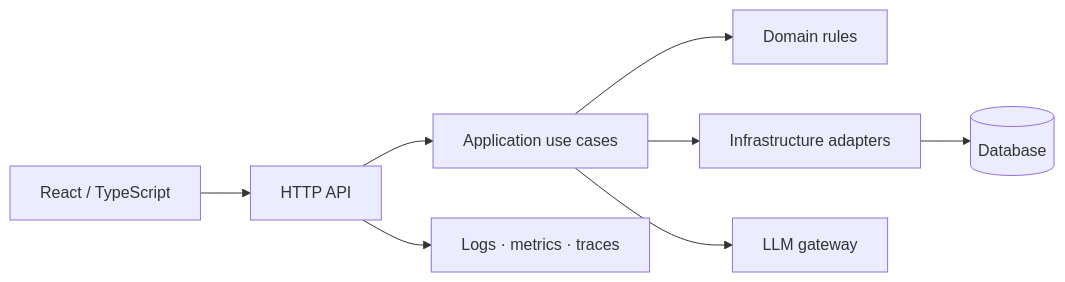
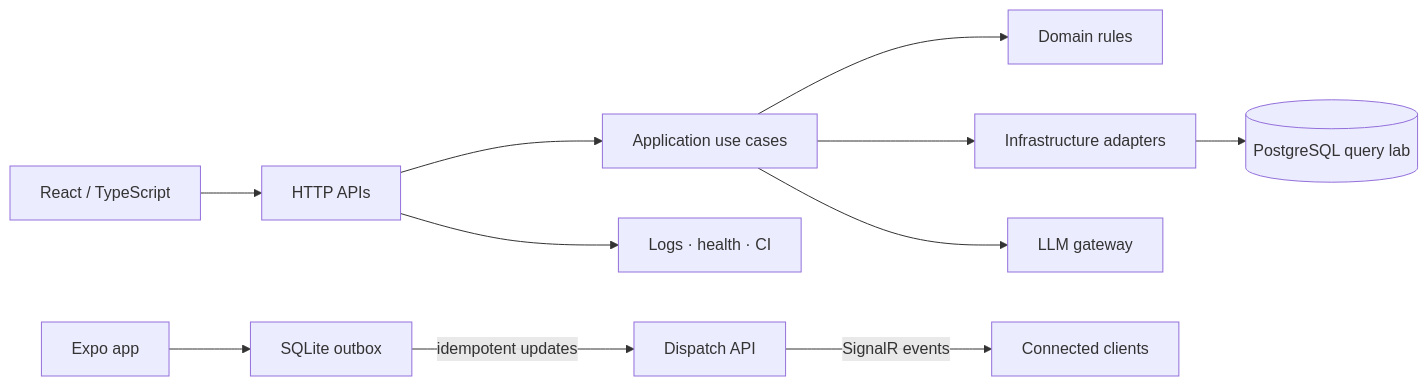
Before and after one commit to karuku/portfolio: the diagram in README.md, drawn with Mermaid. The commit also changed other lines of this file and 88 other files, not shown here.

````diff
--- a/README.md
+++ b/README.md
@@ -31,10 +34,13 @@
 ```mermaid
 flowchart LR
-    UI[React / TypeScript] --> API[HTTP API]
+    WEB[React / TypeScript] --> API[HTTP APIs]
+    MOBILE[Expo app] --> OUTBOX[SQLite outbox]
+    OUTBOX -->|idempotent updates| DISPATCH[Dispatch API]
     API --> APP[Application use cases]
     APP --> DOMAIN[Domain rules]
     APP --> INFRA[Infrastructure adapters]
-    INFRA --> DB[(Database)]
+    INFRA --> DB[(PostgreSQL query lab)]
+    DISPATCH -->|SignalR events| CLIENTS[Connected clients]
     APP --> AI[LLM gateway]
-    API --> OBS[Logs · metrics · traces]
+    API --> OBS[Logs · health · CI]
 ```
````
